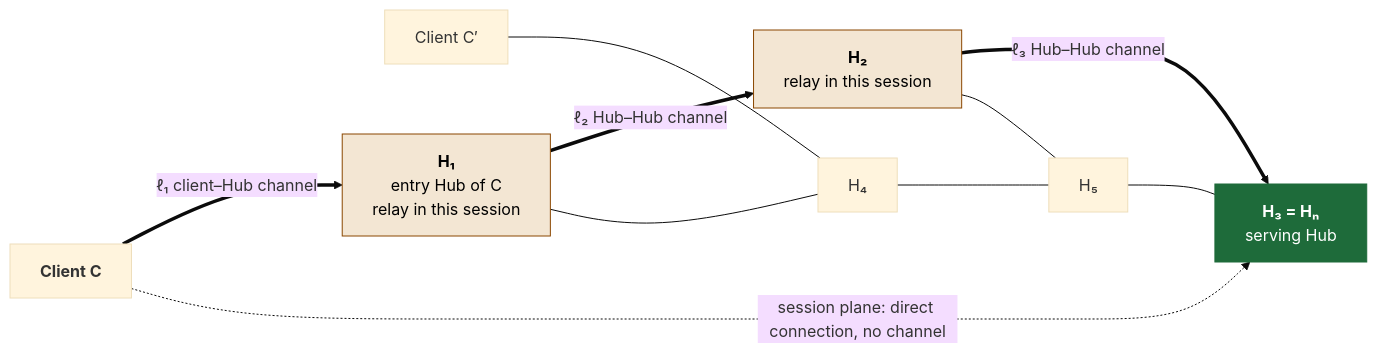
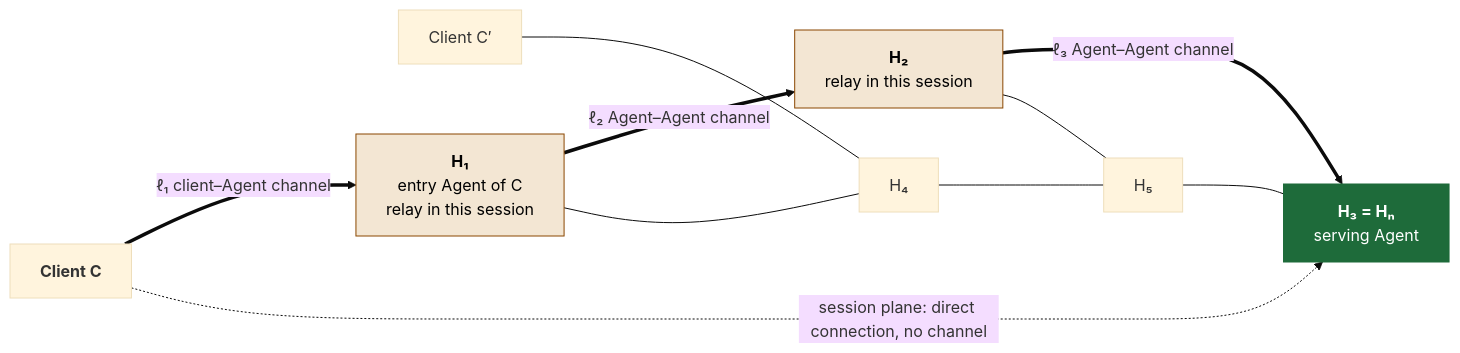
Before and after one commit to MDOmerDanish/project-idea: the third of 27 diagrams in specroute_paper_draft.md, drawn with Mermaid (base theme). The commit also changed other lines of this file, not shown here.

````diff
--- a/specroute_paper_draft.md
+++ b/specroute_paper_draft.md
@@ -108,23 +110,23 @@
 ```mermaid
 flowchart LR
     C["<b>Client C</b>"]
     C2["Client C′"]
-    H1["<b>H₁</b><br/>entry Hub of C<br/>relay in this session"]
+    H1["<b>H₁</b><br/>entry Agent of C<br/>relay in this session"]
     H2["<b>H₂</b><br/>relay in this session"]
-    H3["<b>H₃ = Hₙ</b><br/>serving Hub"]
+    H3["<b>H₃ = Hₙ</b><br/>serving Agent"]
     H4["H₄"]
     H5["H₅"]
-    C == "ℓ₁ client–Hub channel" ==> H1
-    H1 == "ℓ₂ Hub–Hub channel" ==> H2
-    H2 == "ℓ₃ Hub–Hub channel" ==> H3
+    C == "ℓ₁ client–Agent channel" ==> H1
+    H1 == "ℓ₂ Agent–Agent channel" ==> H2
+    H2 == "ℓ₃ Agent–Agent channel" ==> H3
     C2 --- H4
     H1 --- H4
     H4 --- H5
     H2 --- H5
     H5 --- H3
     C -. "session plane: direct connection, no channel" .-> H3
     classDef relay fill:#f3e6d3,stroke:#8a4700,color:#000
     classDef serve fill:#1e6b3a,stroke:#1e6b3a,color:#fff
     class H1,H2 relay
     class H3 serve
 ```
````
